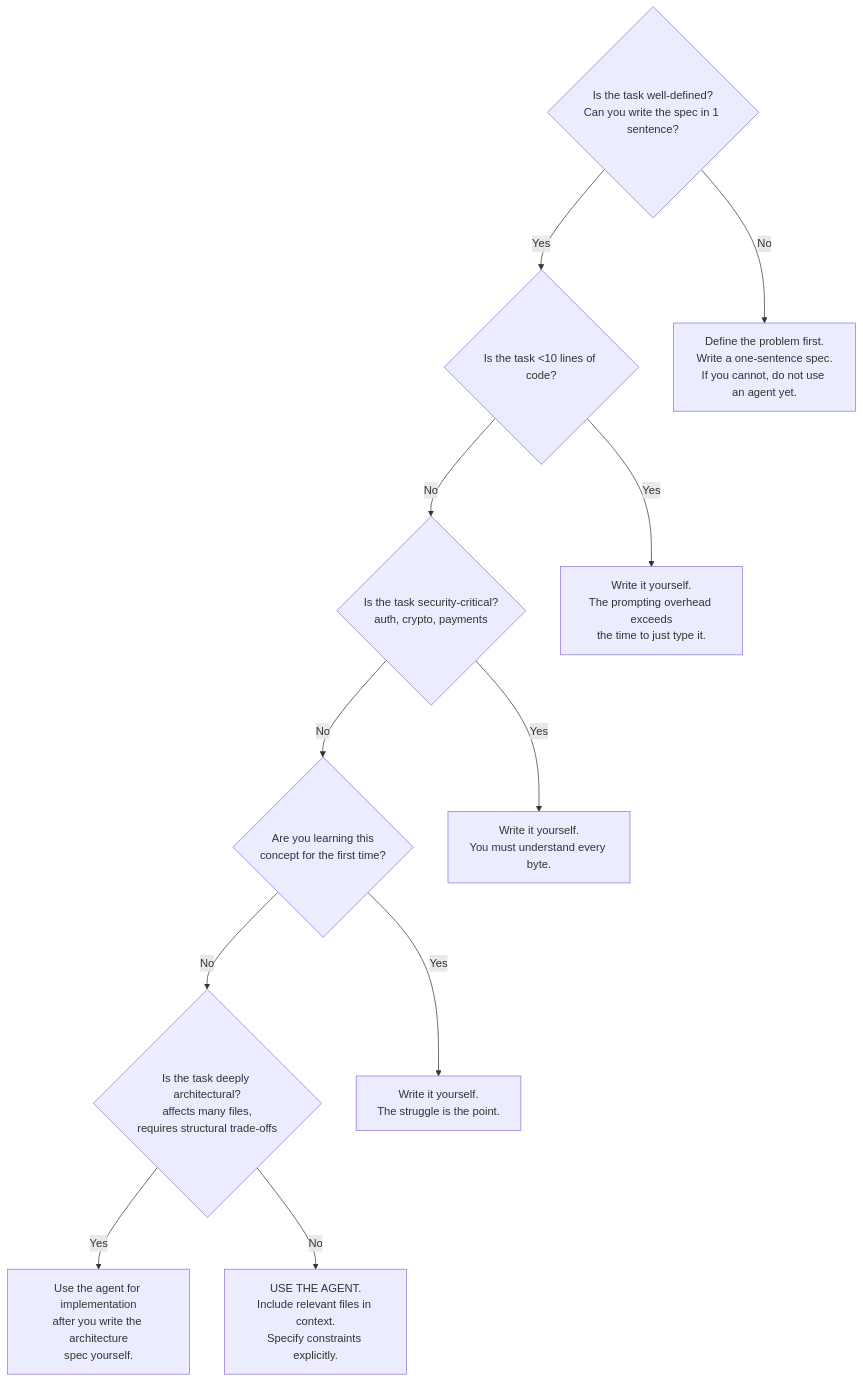
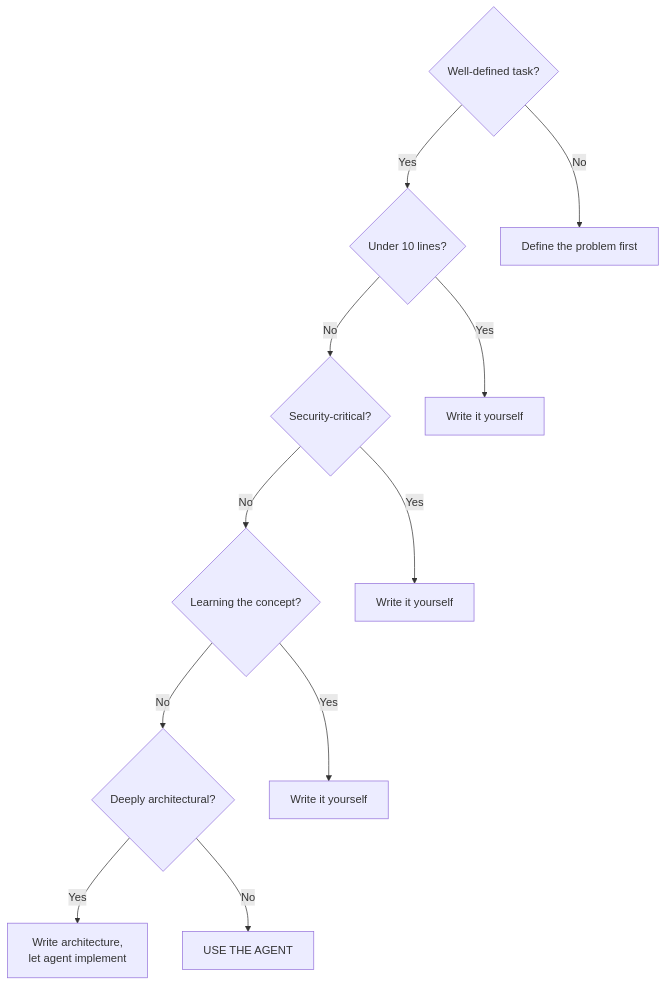
One commit to seanpor/AgentGuide changed the sixth of 8 diagrams in writing-production-code.md. Above: the diagram before and after it, drawn with Mermaid. The commit also changed other lines of this file and 1 other file, not shown here.

First line of the commit message:
Compact Mermaid diagrams for small-screen readability

````diff
--- a/writing-production-code.md
+++ b/writing-production-code.md
@@ -1400,18 +1400,18 @@
 ```mermaid
 flowchart TD
-    Q1{Is the task well-defined?<br/>Can you write the spec in 1 sentence?}
-    Q2{Is the task <10 lines of code?}
-    Q3{Is the task security-critical?<br/>auth, crypto, payments}
-    Q4{Are you learning this<br/>concept for the first time?}
-    Q5{Is the task deeply architectural?<br/>affects many files,<br/>requires structural trade-offs}
-    Q1 -->|No| A1[Define the problem first.<br/>Write a one-sentence spec.<br/>If you cannot, do not use an agent yet.]
+    Q1{Well-defined task?}
+    Q2{Under 10 lines?}
+    Q3{Security-critical?}
+    Q4{Learning the concept?}
+    Q5{Deeply architectural?}
+    Q1 -->|No| A1[Define the problem first]
     Q1 -->|Yes| Q2
-    Q2 -->|Yes| A2[Write it yourself.<br/>The prompting overhead exceeds<br/>the time to just type it.]
+    Q2 -->|Yes| A2[Write it yourself]
     Q2 -->|No| Q3
-    Q3 -->|Yes| A3[Write it yourself.<br/>You must understand every byte.]
+    Q3 -->|Yes| A3[Write it yourself]
     Q3 -->|No| Q4
-    Q4 -->|Yes| A4[Write it yourself.<br/>The struggle is the point.]
+    Q4 -->|Yes| A4[Write it yourself]
     Q4 -->|No| Q5
-    Q5 -->|Yes| A5[Use the agent for implementation<br/>after you write the architecture<br/>spec yourself.]
-    Q5 -->|No| A6[USE THE AGENT.<br/>Include relevant files in context.<br/>Specify constraints explicitly.]
+    Q5 -->|Yes| A5[Write architecture,<br/>let agent implement]
+    Q5 -->|No| A6[USE THE AGENT]
 ```
````
